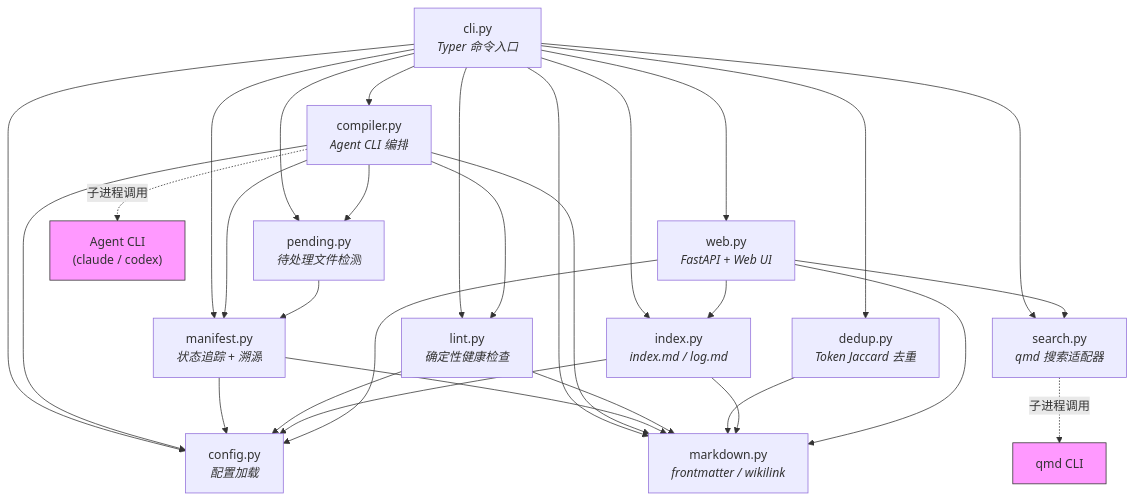
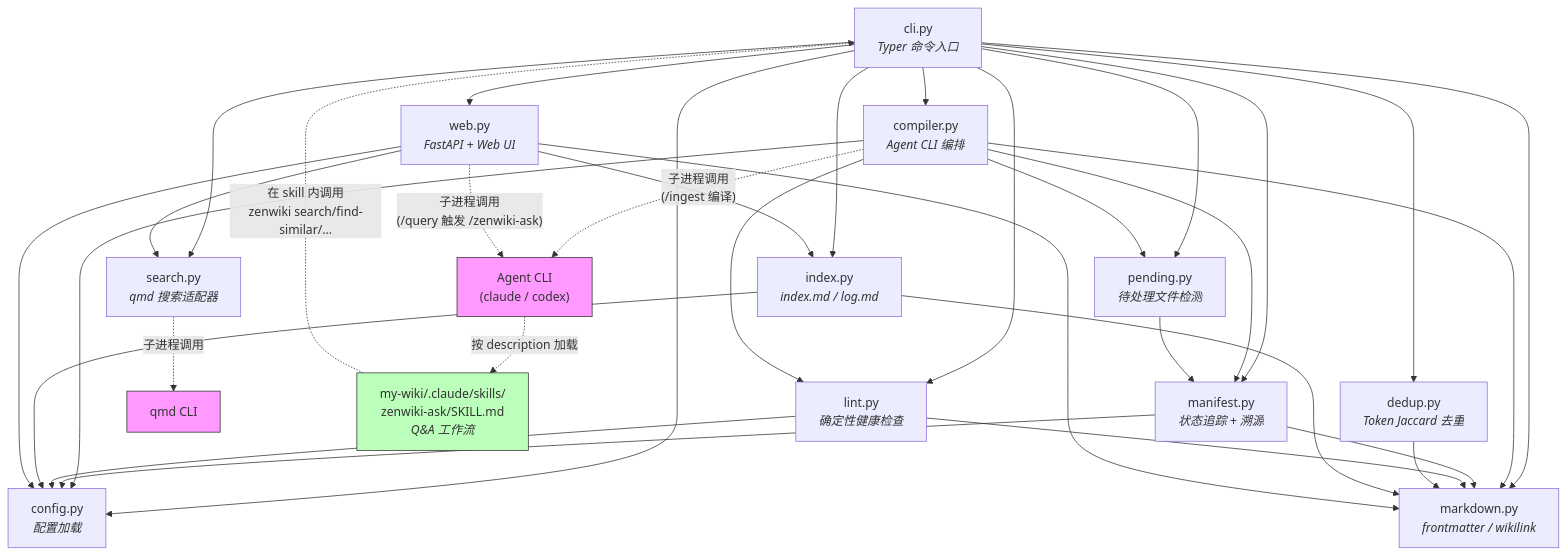
The first of 10 diagrams in core/architecture-diagrams.md (ChenXplorer/zenwiki), drawn with Mermaid before and after one commit. The commit also changed other lines of this file, not shown here.

````diff
--- a/core/architecture-diagrams.md
+++ b/core/architecture-diagrams.md
@@ -10,55 +10,59 @@
 ```mermaid
 graph TD
     CLI["cli.py<br/><i>Typer 命令入口</i>"]
     COMPILER["compiler.py<br/><i>Agent CLI 编排</i>"]
     PENDING["pending.py<br/><i>待处理文件检测</i>"]
     MANIFEST["manifest.py<br/><i>状态追踪 + 溯源</i>"]
     LINT["lint.py<br/><i>确定性健康检查</i>"]
     SEARCH["search.py<br/><i>qmd 搜索适配器</i>"]
     DEDUP["dedup.py<br/><i>Token Jaccard 去重</i>"]
     INDEX["index.py<br/><i>index.md / log.md</i>"]
     MD["markdown.py<br/><i>frontmatter / wikilink</i>"]
     CONFIG["config.py<br/><i>配置加载</i>"]
     WEB["web.py<br/><i>FastAPI + Web UI</i>"]
 
     CLI --> COMPILER
     CLI --> PENDING
     CLI --> LINT
     CLI --> SEARCH
     CLI --> DEDUP
     CLI --> INDEX
     CLI --> MANIFEST
     CLI --> WEB
     CLI --> CONFIG
     CLI --> MD
 
     COMPILER --> PENDING
     COMPILER --> MANIFEST
     COMPILER --> MD
     COMPILER --> CONFIG
     COMPILER --> LINT
 
     PENDING --> MANIFEST
 
     MANIFEST --> CONFIG
     MANIFEST --> MD
 
     LINT --> CONFIG
     LINT --> MD
 
     DEDUP --> MD
 
     INDEX --> CONFIG
     INDEX --> MD
 
     WEB --> CONFIG
     WEB --> SEARCH
     WEB --> INDEX
     WEB --> MD
 
     SEARCH -.-> |"子进程调用"| QMD["qmd CLI"]
-    COMPILER -.-> |"子进程调用"| AGENT["Agent CLI<br/>(claude / codex)"]
+    COMPILER -.-> |"子进程调用<br/>(/ingest 编译)"| AGENT["Agent CLI<br/>(claude / codex)"]
+    WEB -.-> |"子进程调用<br/>(/query 触发 /zenwiki-ask)"| AGENT
+    AGENT -.-> |"按 description 加载"| SKILL["my-wiki/.claude/skills/<br/>zenwiki-ask/SKILL.md<br/><i>Q&A 工作流</i>"]
+    SKILL -.-> |"在 skill 内调用<br/>zenwiki search/find-similar/..."| CLI
 
     style AGENT fill:#f9f,stroke:#333
     style QMD fill:#f9f,stroke:#333
+    style SKILL fill:#bfb,stroke:#333
 ```
````
